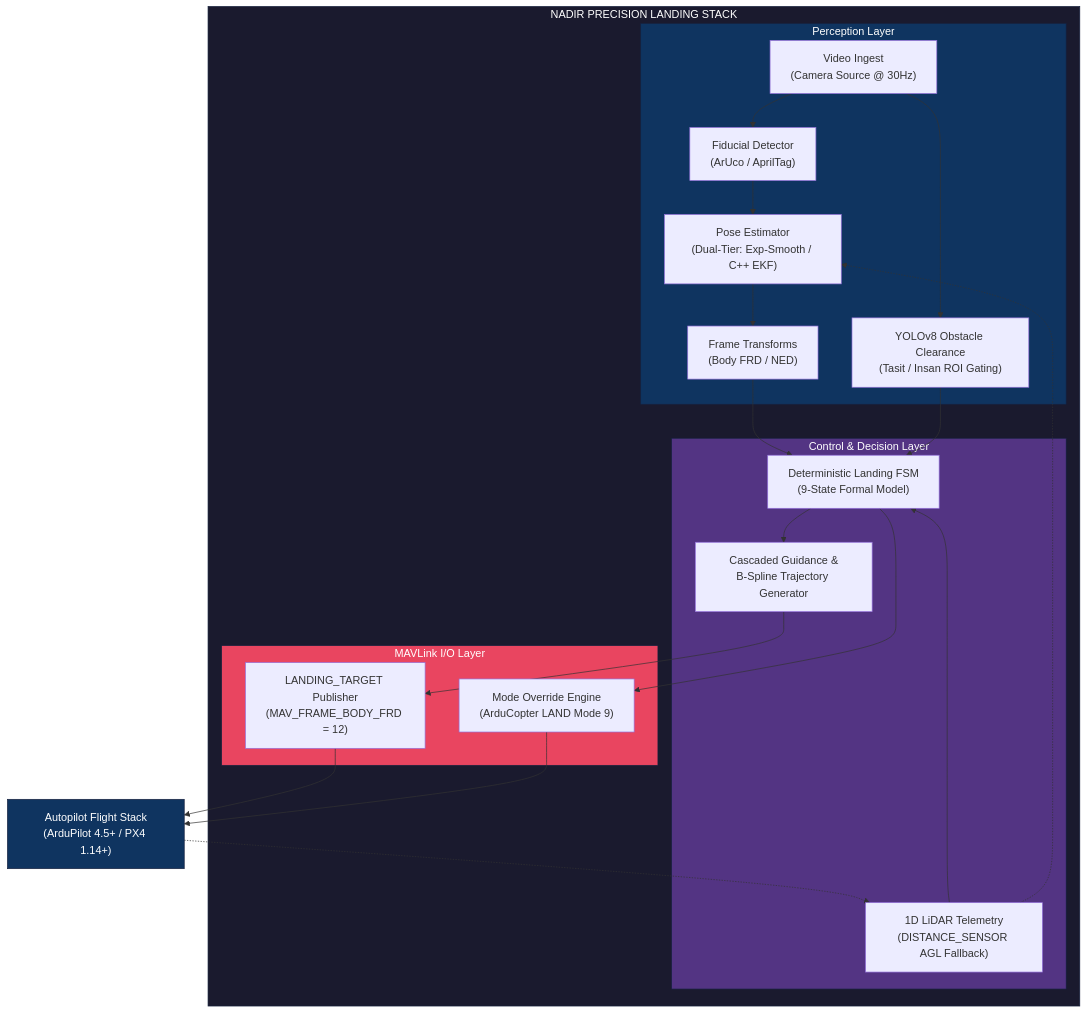
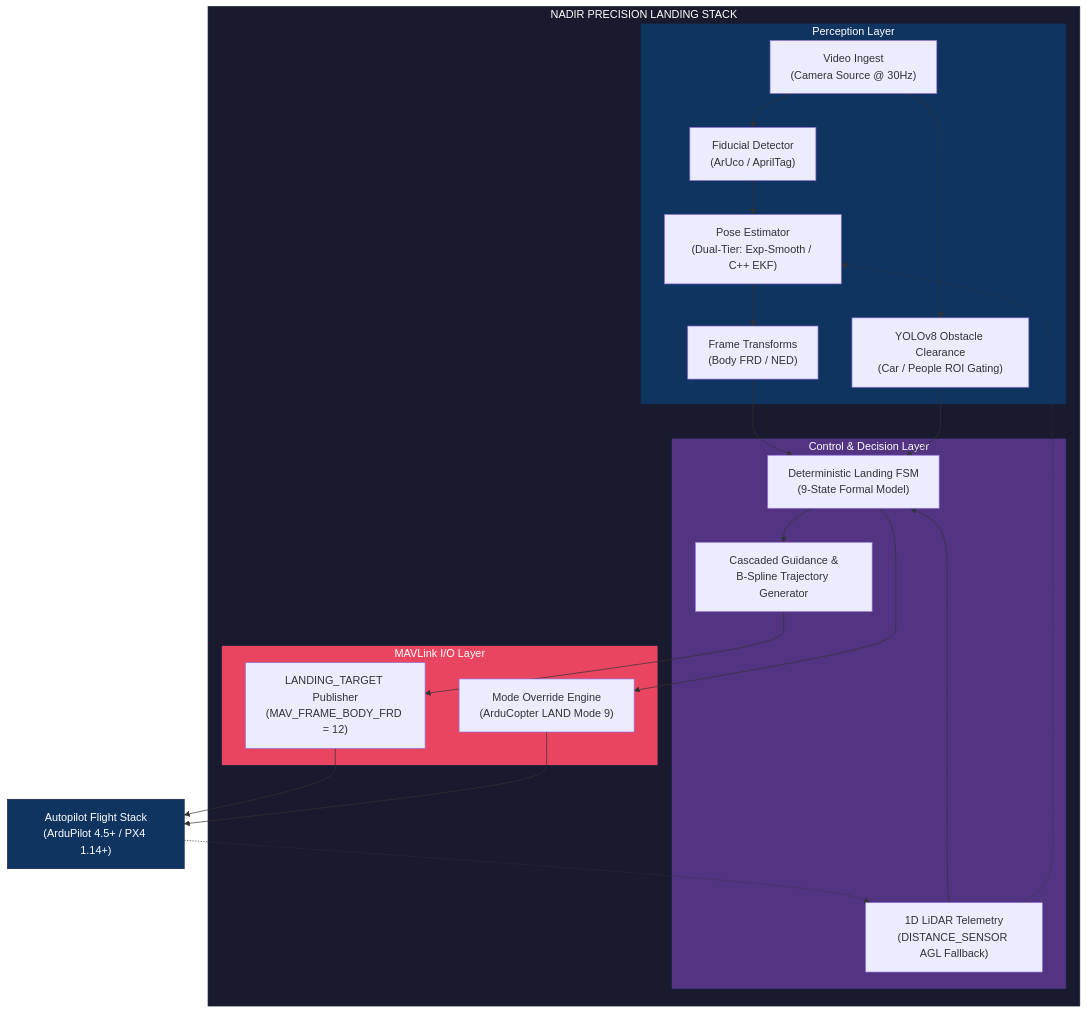
One commit to emrealtindag/Nadir changed the second of 2 diagrams in README.md. Above: the diagram before and after it, drawn with Mermaid. The commit also changed other lines of this file, not shown here.

Commit message:
docs: standardize obstacle class labels to Car and People in README

````diff
--- a/README.md
+++ b/README.md
@@ -306,35 +306,35 @@
 ```mermaid
 flowchart TB
     subgraph NADIR["NADIR PRECISION LANDING STACK"]
         subgraph Perception["Perception Layer"]
             VI["Video Ingest\n(Camera Source @ 30Hz)"] --> FD["Fiducial Detector\n(ArUco / AprilTag)"]
             FD --> PE["Pose Estimator\n(Dual-Tier: Exp-Smooth / C++ EKF)"]
-            VI --> YOLO["YOLOv8 Obstacle Clearance\n(Tasit / Insan ROI Gating)"]
+            VI --> YOLO["YOLOv8 Obstacle Clearance\n(Car / People ROI Gating)"]
             PE --> FT["Frame Transforms\n(Body FRD / NED)"]
         end
         
         subgraph Control["Control & Decision Layer"]
             LIDAR["1D LiDAR Telemetry\n(DISTANCE_SENSOR AGL Fallback)"]
             FT --> FSM["Deterministic Landing FSM\n(9-State Formal Model)"]
             YOLO --> FSM
             LIDAR --> FSM
             LIDAR -.-> PE
             FSM --> CG["Cascaded Guidance &\nB-Spline Trajectory Generator"]
         end
         
         subgraph MAVLink["MAVLink I/O Layer"]
             CG --> LT["LANDING_TARGET Publisher\n(MAV_FRAME_BODY_FRD = 12)"]
             FSM --> MO["Mode Override Engine\n(ArduCopter LAND Mode 9)"]
         end
     end
     
     LT --> AP["Autopilot Flight Stack\n(ArduPilot 4.5+ / PX4 1.14+)"]
     MO --> AP
     AP -.-> LIDAR
     
     style NADIR fill:#1a1a2e,stroke:#16213e,color:#fff
     style Perception fill:#0f3460,stroke:#16213e,color:#fff
     style Control fill:#533483,stroke:#16213e,color:#fff
     style MAVLink fill:#e94560,stroke:#16213e,color:#fff
     style AP fill:#0f3460,stroke:#16213e,color:#fff
 ```
````
